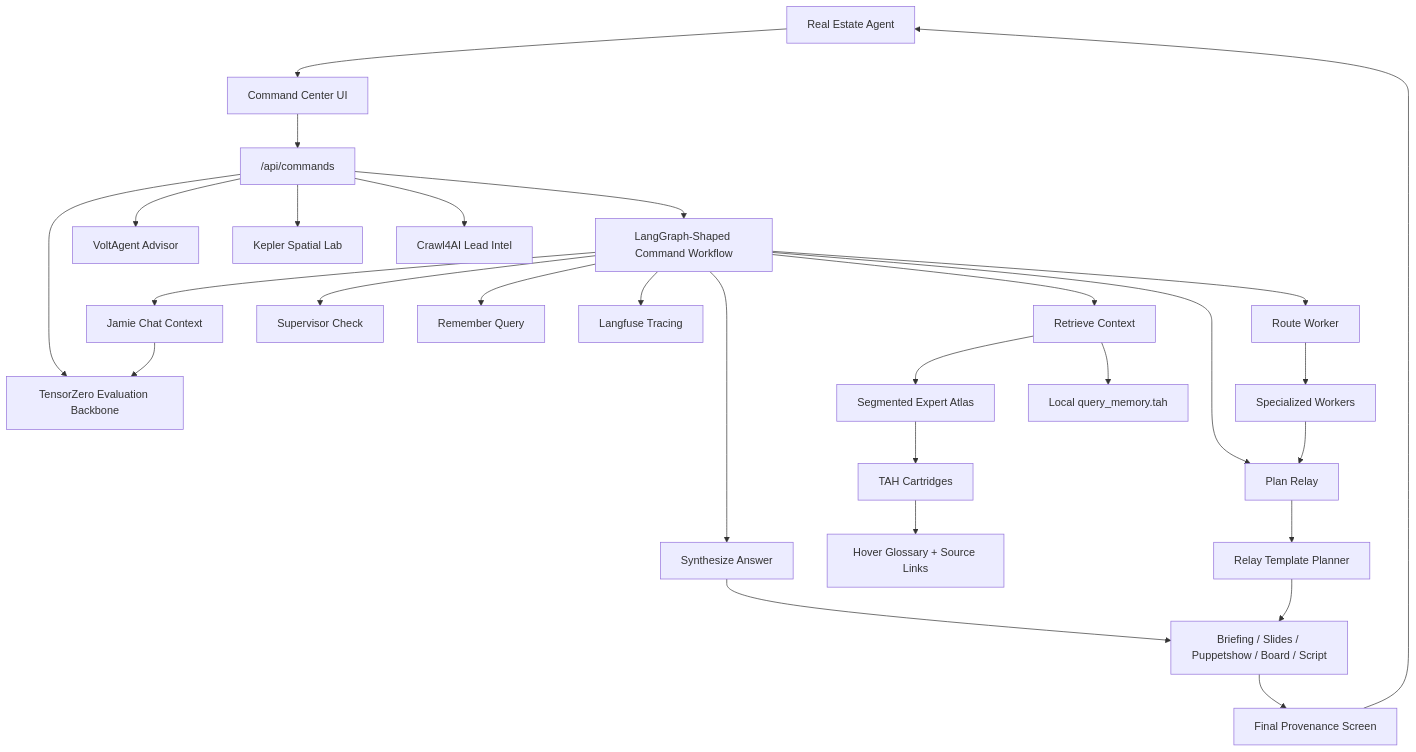
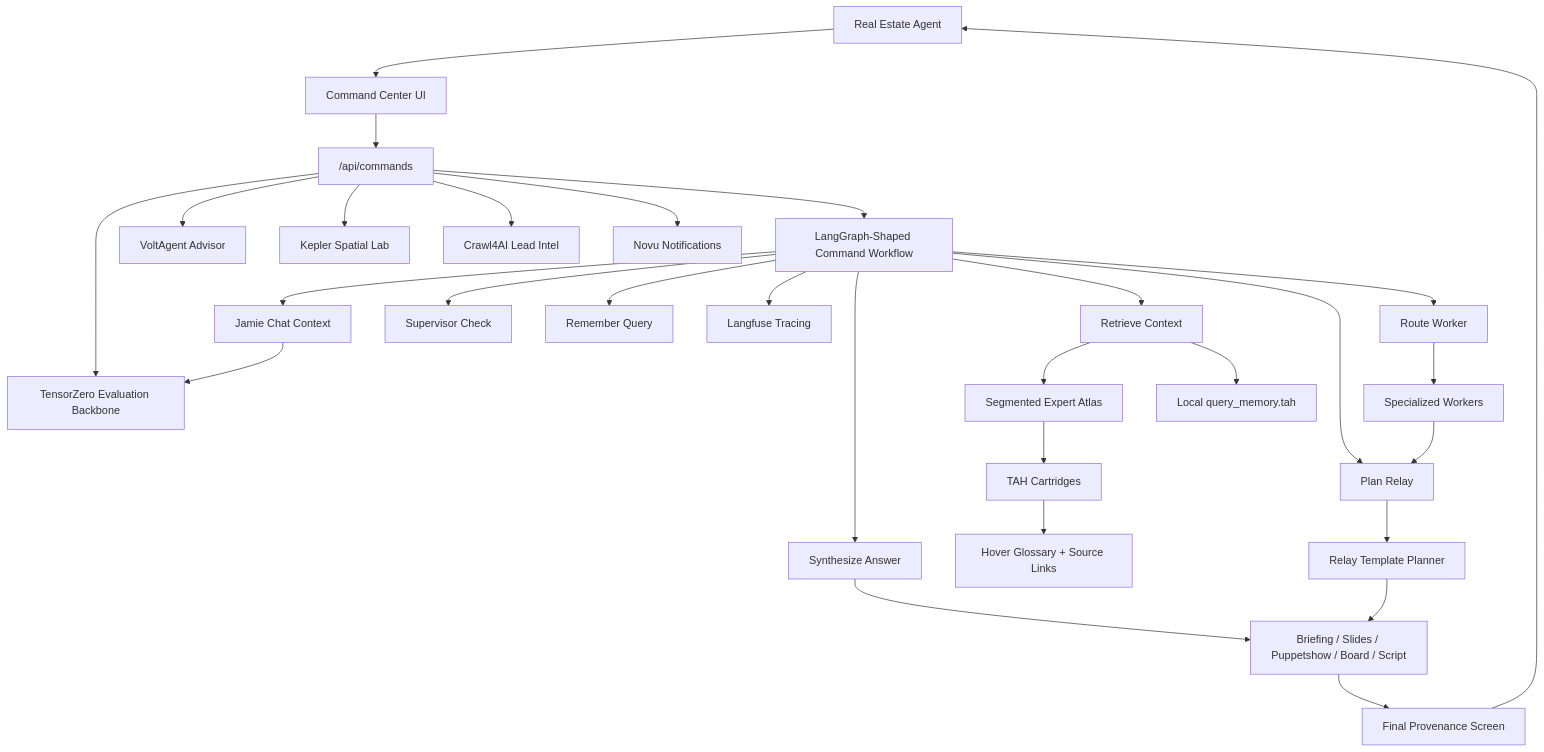
Before and after one commit to tahsrz/sunset-pulse: the diagram in README.md, drawn with Mermaid. The commit also changed other lines of this file and 9 other files, not shown here.

````diff
--- a/README.md
+++ b/README.md
@@ -89,30 +92,31 @@
 ```mermaid
 flowchart TD
   Agent["Real Estate Agent"] --> UI["Command Center UI"]
   UI --> API["/api/commands"]
   API --> Graph["LangGraph-Shaped Command Workflow"]
   Graph --> Route["Route Worker"]
   Graph --> Retrieve["Retrieve Context"]
   Graph --> Plan["Plan Relay"]
   Graph --> Synthesize["Synthesize Answer"]
   Graph --> Supervise["Supervisor Check"]
   Graph --> Remember["Remember Query"]
   Graph --> Observe["Langfuse Tracing"]
   API --> TZero["TensorZero Evaluation Backbone"]
   API --> Volt["VoltAgent Advisor"]
   API --> Kepler["Kepler Spatial Lab"]
   Route --> Workers["Specialized Workers"]
   Retrieve --> Atlas["Segmented Expert Atlas"]
   Retrieve --> Memory["Local query_memory.tah"]
   Graph --> Jamie["Jamie Chat Context"]
   Jamie --> TZero
   API --> Crawl4AI["Crawl4AI Lead Intel"]
+  API --> Novu["Novu Notifications"]
   Atlas --> TAH["TAH Cartridges"]
   TAH --> Glossary["Hover Glossary + Source Links"]
   Workers --> Plan
   Plan --> Relay["Relay Template Planner"]
   Synthesize --> Output["Briefing / Slides / Puppetshow / Board / Script"]
   Relay --> Output
   Output --> Final["Final Provenance Screen"]
   Final --> Agent
 ```
````
